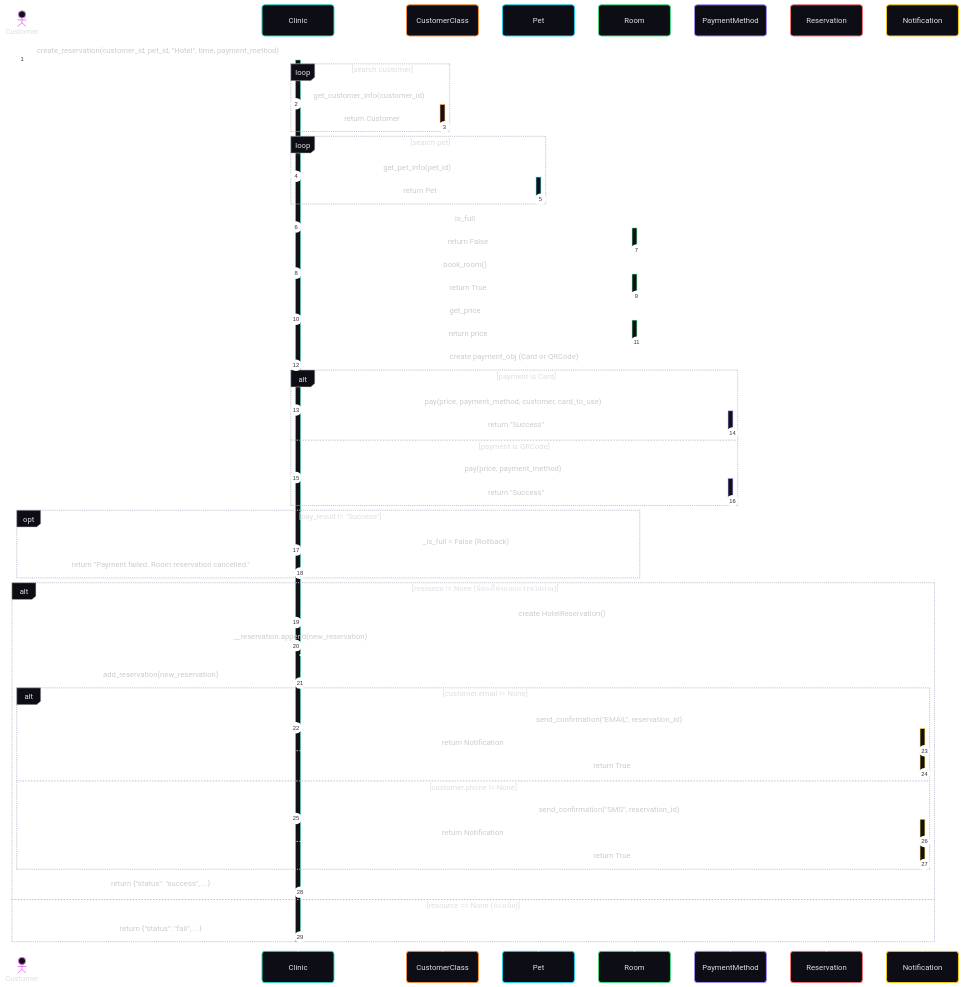
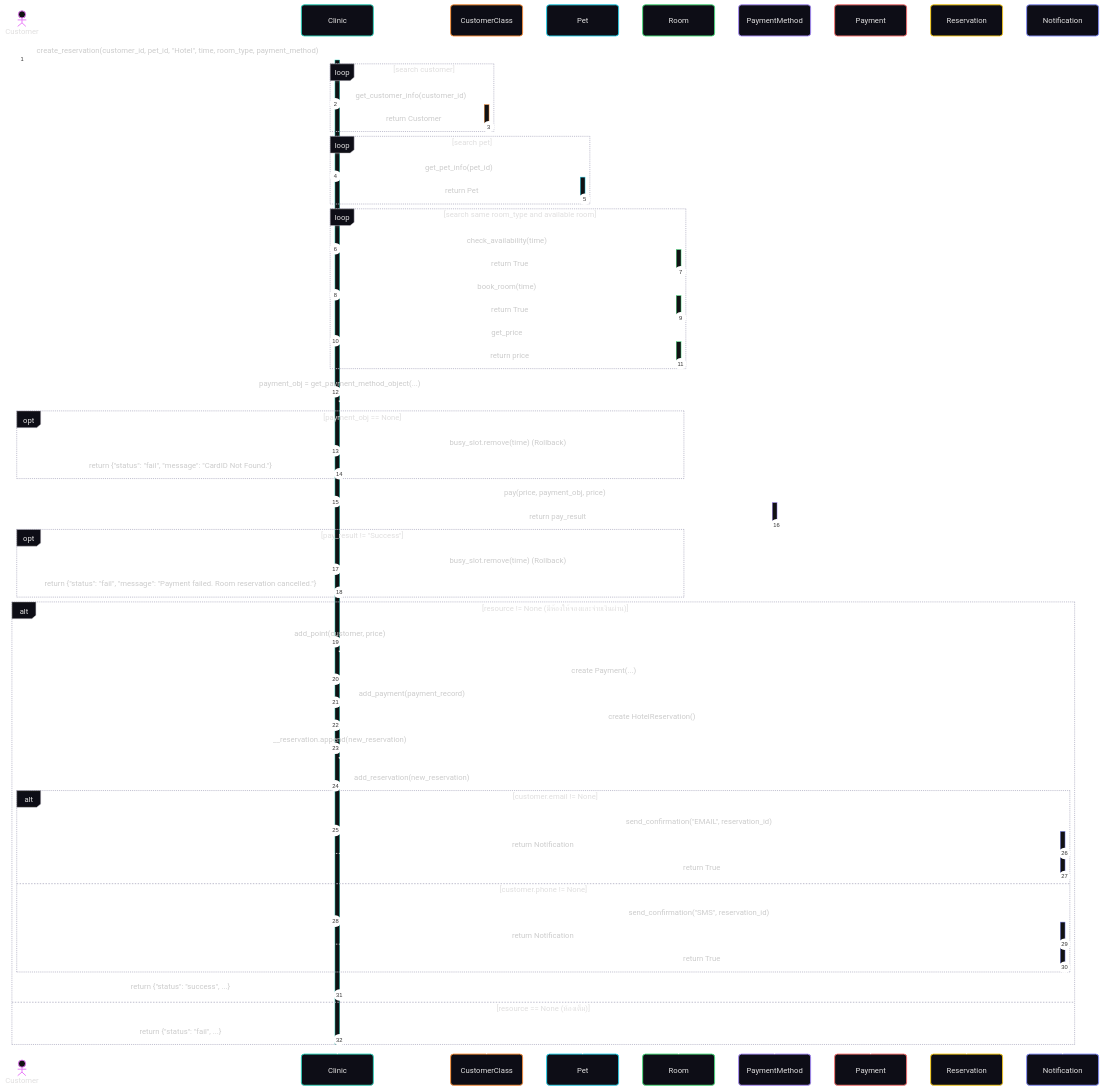
The diagram in SequenceDiagram/Hotel Reservation-2026-02-21-120105.mmd (HiruKub/OOP-PROJECT_BASECODE), drawn with Mermaid before and after one commit. The commit also changed 1 other file, not shown here.

Commit message:
fix: enhance hotel reservation logic to handle payment failures and improve room booking process

```diff
--- a/SequenceDiagram/Hotel Reservation-2026-02-21-120105.mmd
+++ b/SequenceDiagram/Hotel Reservation-2026-02-21-120105.mmd
@@ -1,71 +1,78 @@
 ---
 config:
   look: neo
   theme: redux-dark-color
 ---
 
 sequenceDiagram
     autonumber
     actor Customer
     participant Clinic
     participant CustomerClass
     participant Pet
     participant Room
     participant PaymentMethod
+    participant Payment
     participant Reservation
     participant Notification
     
-    Customer->>+Clinic: create_reservation(customer_id, pet_id, "Hotel", time, payment_method)
+    Customer->>+Clinic: create_reservation(customer_id, pet_id, "Hotel", time, room_type, payment_method)
     
     loop search customer
         Clinic->>+CustomerClass: get_customer_info(customer_id)
         CustomerClass-->>-Clinic: return Customer
     end
     
     loop search pet
         Clinic->>+Pet: get_pet_info(pet_id)
         Pet-->>-Clinic: return Pet
     end
-    
-    Clinic->>+Room: is_full
-    Room-->>-Clinic: return False 
-    Clinic->>+Room: book_room()
-    Room-->>-Clinic: return True
-    Clinic->>+Room: get_price
-    Room-->>-Clinic: return price
-    Clinic->>PaymentMethod: create payment_obj (Card or QRCode)
+    loop search same room_type and available room
+        Clinic->>+Room: check_availability(time)
+        Room-->>-Clinic: return True 
+        Clinic->>+Room: book_room(time)
+        Room-->>-Clinic: return True
+        Clinic->>+Room: get_price
+        Room-->>-Clinic: return price
+    end
+    Clinic->>Clinic: payment_obj = get_payment_method_object(...)
 
-    alt payment is Card
-        Clinic->>+PaymentMethod: pay(price, payment_method, customer, card_to_use)
-        PaymentMethod-->>-Clinic: return "Success"
-    else payment is QRCode
-        Clinic->>+PaymentMethod: pay(price, payment_method)
-        PaymentMethod-->>-Clinic: return "Success"
+    opt payment_obj == None
+        Clinic->>Room: busy_slot.remove(time) (Rollback)
+        Clinic-->>Customer: return {"status": "fail", "message": "CardID Not Found."}
     end
 
+    Clinic->>+PaymentMethod: pay(price, payment_obj, price)
+    PaymentMethod-->>-Clinic: return pay_result
+
     opt pay_result != "Success"
-        Clinic->>Room: _is_full = False (Rollback)
-        Clinic-->>Customer: return "Payment failed. Room reservation cancelled."
+        Clinic->>Room: busy_slot.remove(time) (Rollback)
+        Clinic-->>Customer: return {"status": "fail", "message": "Payment failed. Room reservation cancelled."}
     end
 
     alt resource != None (มีห้องให้จองและจ่ายเงินผ่าน)
+        
+        Clinic->>Clinic: add_point(customer, price)
+        Clinic->>Payment: create Payment(...)
+        Clinic->>CustomerClass: add_payment(payment_record)
+
         Clinic->>Reservation: create HotelReservation()
         Clinic->>Clinic: __reservation.append(new_reservation)
-        Clinic->>Customer: add_reservation(new_reservation)
+        Clinic->>CustomerClass: add_reservation(new_reservation)
 
         alt customer.email != None
             Clinic->>+Notification: send_confirmation("EMAIL", reservation_id)
             Notification-->>Customer: return Notification 
             Notification-->>-Clinic: return True
         else customer.phone != None
             Clinic->>+Notification: send_confirmation("SMS", reservation_id)
             Notification-->>Customer: return Notification
             Notification-->>-Clinic: return True
         end
         
         Clinic-->>Customer: return {"status": "success", ...}
     else resource == None (ห้องเต็ม)
         Clinic-->>Customer: return {"status": "fail", ...}
     end
     
     deactivate Clinic
```
